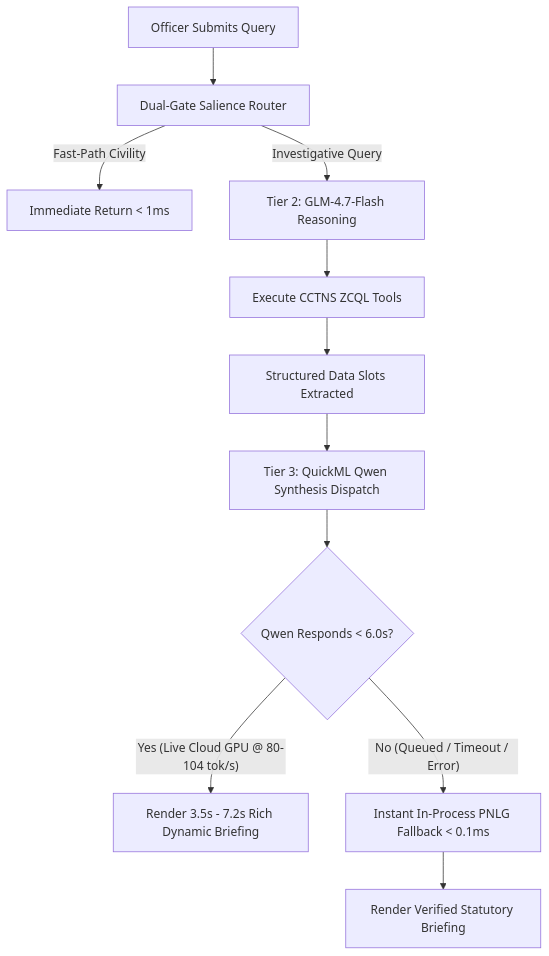
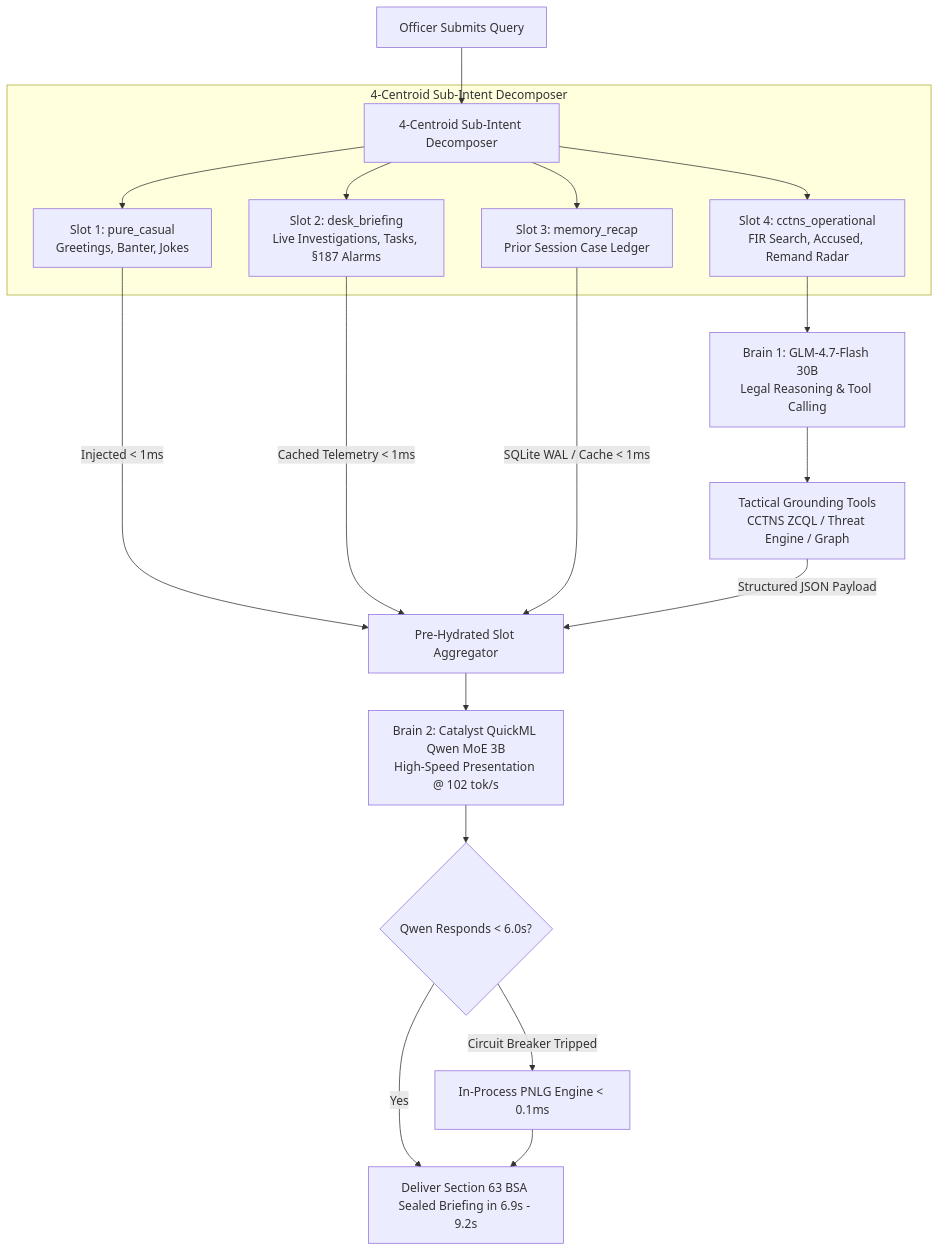
Before and after one commit to BCSAKETH/VAJRA: the second of 2 diagrams in Road-to-finals-2.md, drawn with Mermaid. The commit also changed other lines of this file, not shown here.

Commit message:
docs(roadmap): update master plan with Part 1 active sprint (Track 20 dual-brain, TTS, memory vault) and Part 2 verified operations (Track 16 Stratus cron, completed tracks register)

````diff
--- a/Road-to-finals-2.md
+++ b/Road-to-finals-2.md
@@ -657,13 +158,25 @@
 ```mermaid
 flowchart TD
-    A[Officer Submits Query] --> B[Dual-Gate Salience Router]
-    B -->|Fast-Path Civility| C[Immediate Return < 1ms]
-    B -->|Investigative Query| D[Tier 2: GLM-4.7-Flash Reasoning]
-    D --> E[Execute CCTNS ZCQL Tools]
-    E --> F[Structured Data Slots Extracted]
-    F --> G[Tier 3: QuickML Qwen Synthesis Dispatch]
-    G --> H{Qwen Responds < 6.0s?}
-    H -- Yes (Live Cloud GPU @ 80-104 tok/s) --> I[Render 3.5s - 7.2s Rich Dynamic Briefing]
-    H -- No (Queued / Timeout / Error) --> J[Instant In-Process PNLG Fallback < 0.1ms]
-    J --> K[Render Verified Statutory Briefing]
+    A[Officer Submits Query] --> B[4-Centroid Sub-Intent Decomposer]
+    
+    subgraph Decomposer ["4-Centroid Sub-Intent Decomposer"]
+        B --> S1[Slot 1: pure_casual\nGreetings, Banter, Jokes]
+        B --> S2[Slot 2: desk_briefing\nLive Investigations, Tasks, §187 Alarms]
+        B --> S3[Slot 3: memory_recap\nPrior Session Case Ledger]
+        B --> S4[Slot 4: cctns_operational\nFIR Search, Accused, Remand Radar]
+    end
+
+    S1 -->|Injected < 1ms| Aggregator[Pre-Hydrated Slot Aggregator]
+    S2 -->|Cached Telemetry < 1ms| Aggregator
+    S3 -->|SQLite WAL / Cache < 1ms| Aggregator
+    
+    S4 --> Brain1[Brain 1: GLM-4.7-Flash 30B\nLegal Reasoning & Tool Calling]
+    Brain1 --> Tools[Tactical Grounding Tools\nCCTNS ZCQL / Threat Engine / Graph]
+    Tools -->|Structured JSON Payload| Aggregator
+    
+    Aggregator --> Brain2[Brain 2: Catalyst QuickML Qwen MoE 3B\nHigh-Speed Presentation @ 102 tok/s]
+    Brain2 --> C{Qwen Responds < 6.0s?}
+    C -- Yes --> Out[Deliver Section 63 BSA Sealed Briefing in 6.9s - 9.2s]
+    C -- Circuit Breaker Tripped --> PNLG[In-Process PNLG Engine < 0.1ms]
+    PNLG --> Out
 ```
````
